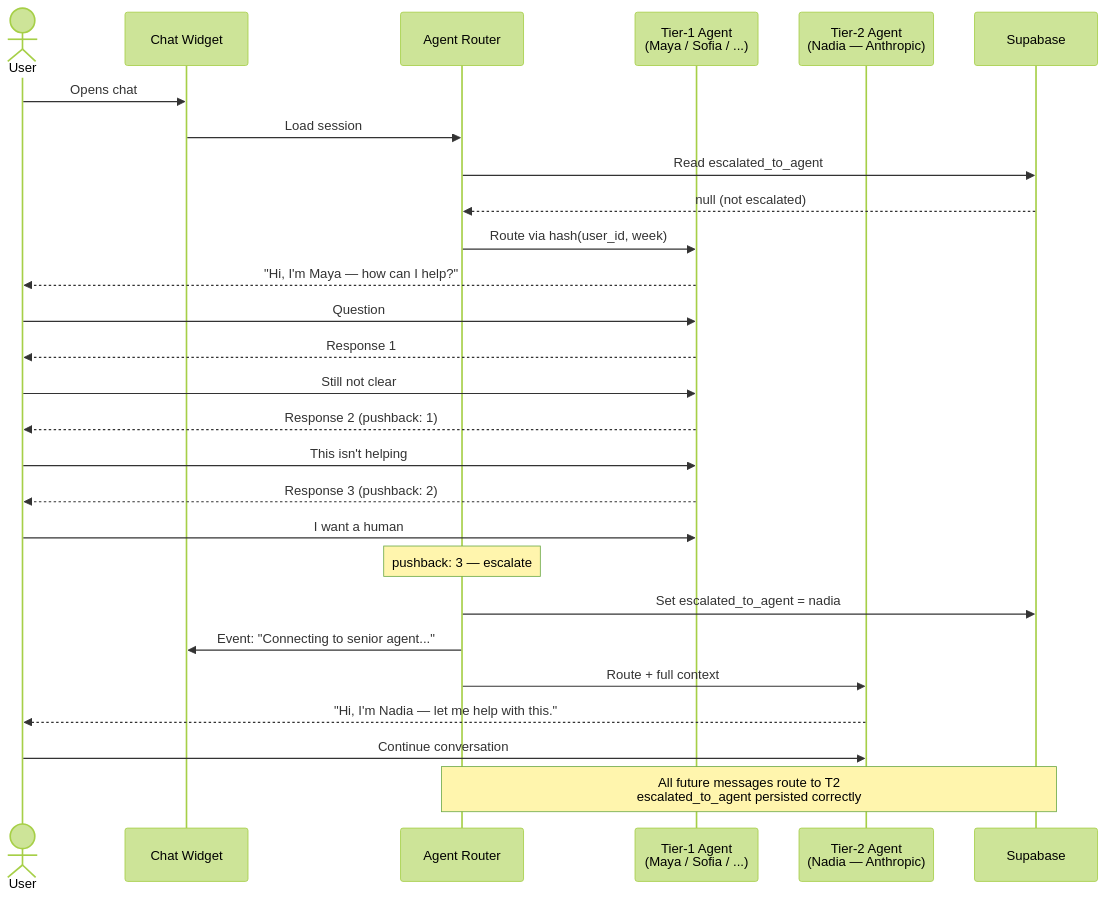
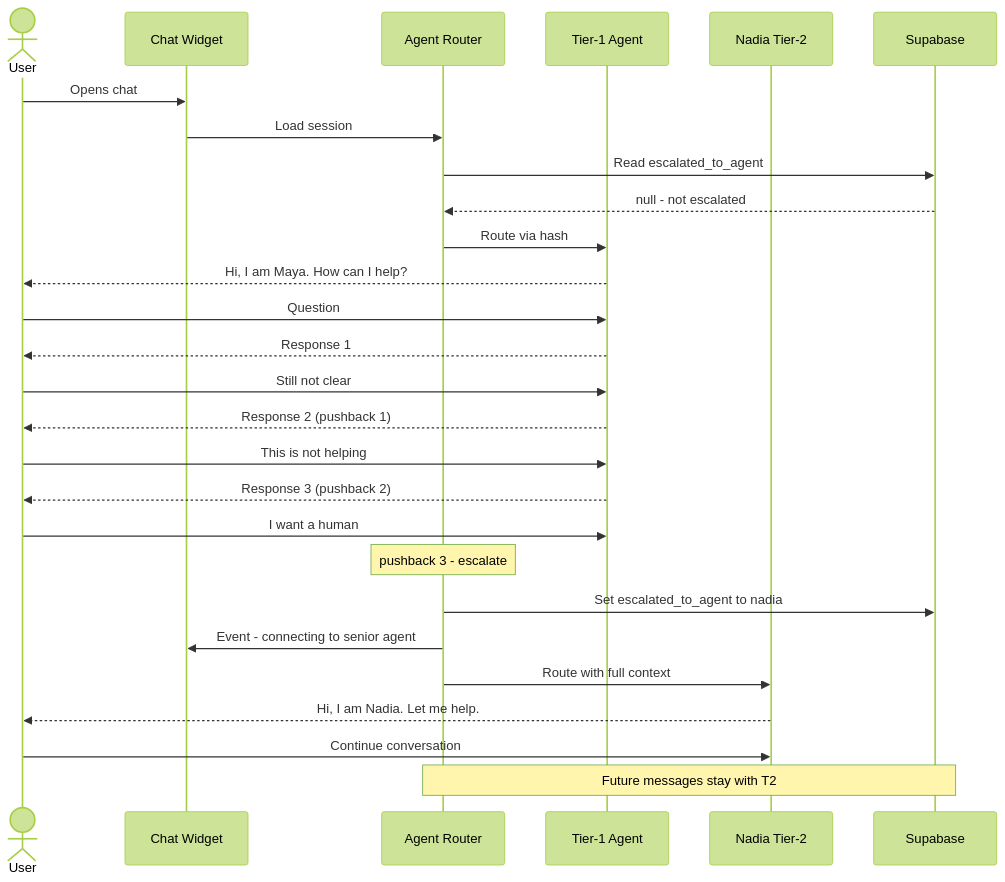
Before and after one commit to omkarjaliparthi/insights-by-omkar-case-study: the second of 4 diagrams in docs/08-user-flows.md, drawn with Mermaid (forest theme). The commit also changed other lines of this file and 5 other files, not shown here.

Commit message:
fix: simplify mermaid syntax for GitHub renderer compatibility — remove 8-digit hex, subgraph labels, parens in gantt names

````diff
--- a/docs/08-user-flows.md
+++ b/docs/08-user-flows.md
@@ -51,35 +51,35 @@
 ```mermaid
 sequenceDiagram
     actor User
     participant UI as Chat Widget
     participant Router as Agent Router
-    participant T1 as Tier-1 Agent<br/>(Maya / Sofia / ...)
-    participant T2 as Tier-2 Agent<br/>(Nadia — Anthropic)
+    participant T1 as Tier-1 Agent
+    participant T2 as Nadia Tier-2
     participant DB as Supabase
 
     User->>UI: Opens chat
     UI->>Router: Load session
     Router->>DB: Read escalated_to_agent
-    DB-->>Router: null (not escalated)
-    Router->>T1: Route via hash(user_id, week)
-    T1-->>User: "Hi, I'm Maya — how can I help?"
+    DB-->>Router: null - not escalated
+    Router->>T1: Route via hash
+    T1-->>User: Hi, I am Maya. How can I help?
 
     User->>T1: Question
     T1-->>User: Response 1
 
     User->>T1: Still not clear
-    T1-->>User: Response 2 (pushback: 1)
+    T1-->>User: Response 2 (pushback 1)
 
-    User->>T1: This isn't helping
-    T1-->>User: Response 3 (pushback: 2)
+    User->>T1: This is not helping
+    T1-->>User: Response 3 (pushback 2)
 
     User->>T1: I want a human
-    Note over Router: pushback: 3 — escalate
-    Router->>DB: Set escalated_to_agent = nadia
-    Router->>UI: Event: "Connecting to senior agent..."
-    Router->>T2: Route + full context
-    T2-->>User: "Hi, I'm Nadia — let me help with this."
+    Note over Router: pushback 3 - escalate
+    Router->>DB: Set escalated_to_agent to nadia
+    Router->>UI: Event - connecting to senior agent
+    Router->>T2: Route with full context
+    T2-->>User: Hi, I am Nadia. Let me help.
 
     User->>T2: Continue conversation
-    Note over Router,DB: All future messages route to T2<br/>escalated_to_agent persisted correctly
+    Note over Router,DB: Future messages stay with T2
 ```
````
